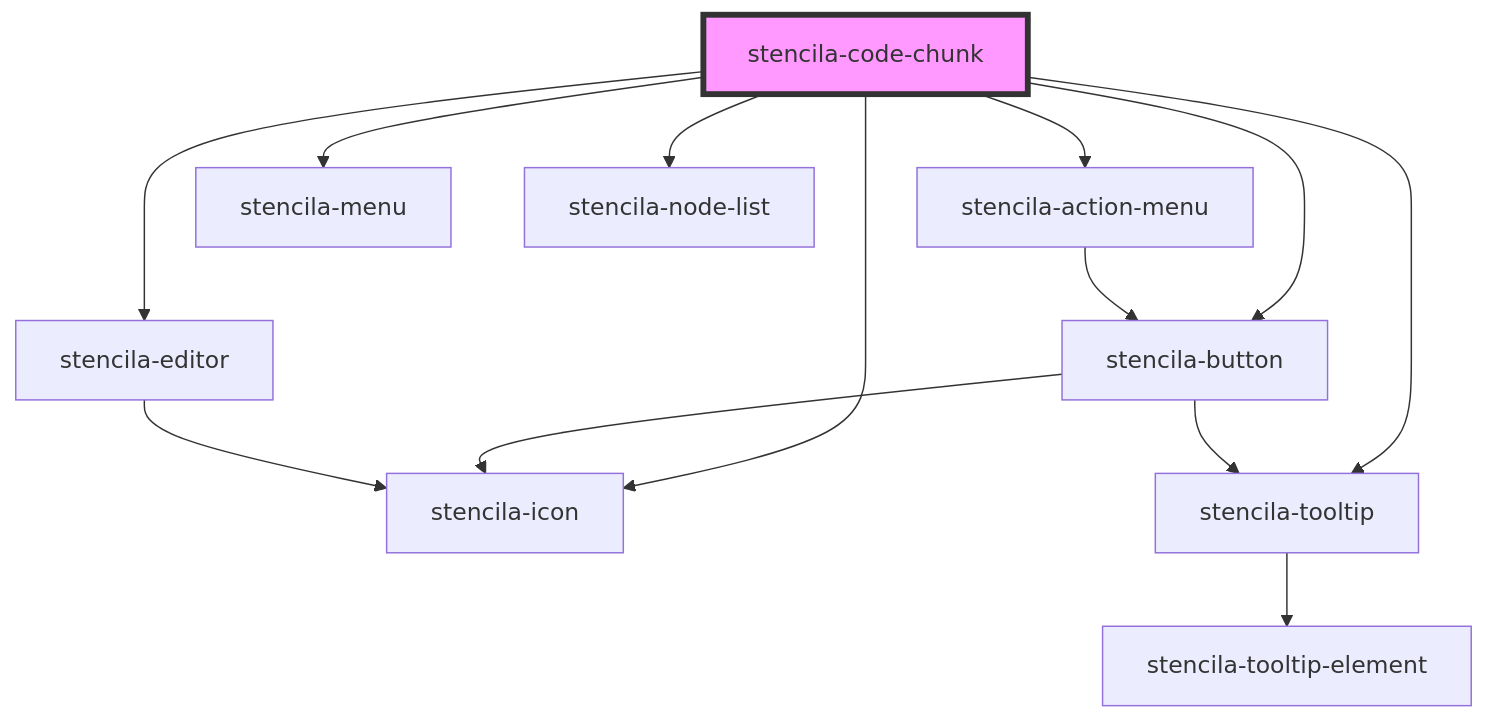
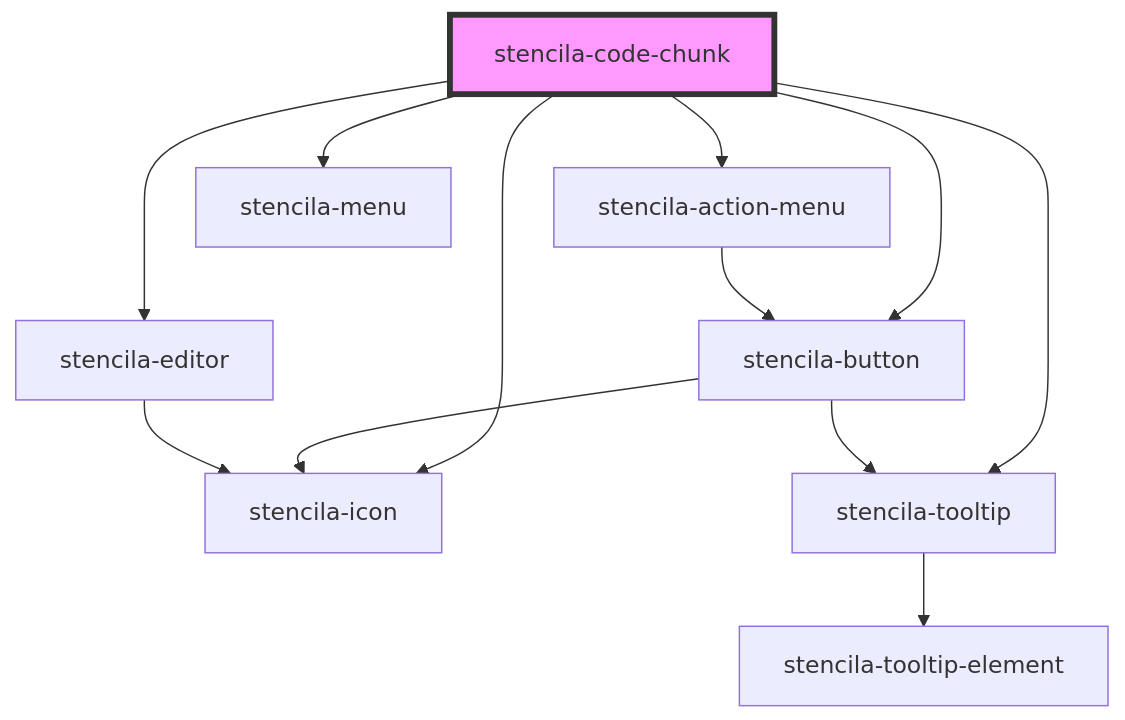
One commit to stencila/designa changed the diagram in packages/components/src/components/codeChunk/readme.md. Above: the diagram before and after it, drawn with Mermaid. The commit also changed other lines of this file and 6 other files, not shown here.

````diff
--- a/packages/components/src/components/codeChunk/readme.md
+++ b/packages/components/src/components/codeChunk/readme.md
@@ -114,16 +113,15 @@
 ```mermaid
 graph TD;
   stencila-code-chunk --> stencila-action-menu
   stencila-code-chunk --> stencila-menu
   stencila-code-chunk --> stencila-button
   stencila-code-chunk --> stencila-editor
-  stencila-code-chunk --> stencila-node-list
   stencila-code-chunk --> stencila-icon
   stencila-code-chunk --> stencila-tooltip
   stencila-action-menu --> stencila-button
   stencila-button --> stencila-icon
   stencila-button --> stencila-tooltip
   stencila-tooltip --> stencila-tooltip-element
   stencila-editor --> stencila-icon
   style stencila-code-chunk fill:#f9f,stroke:#333,stroke-width:4px
 ```
````
